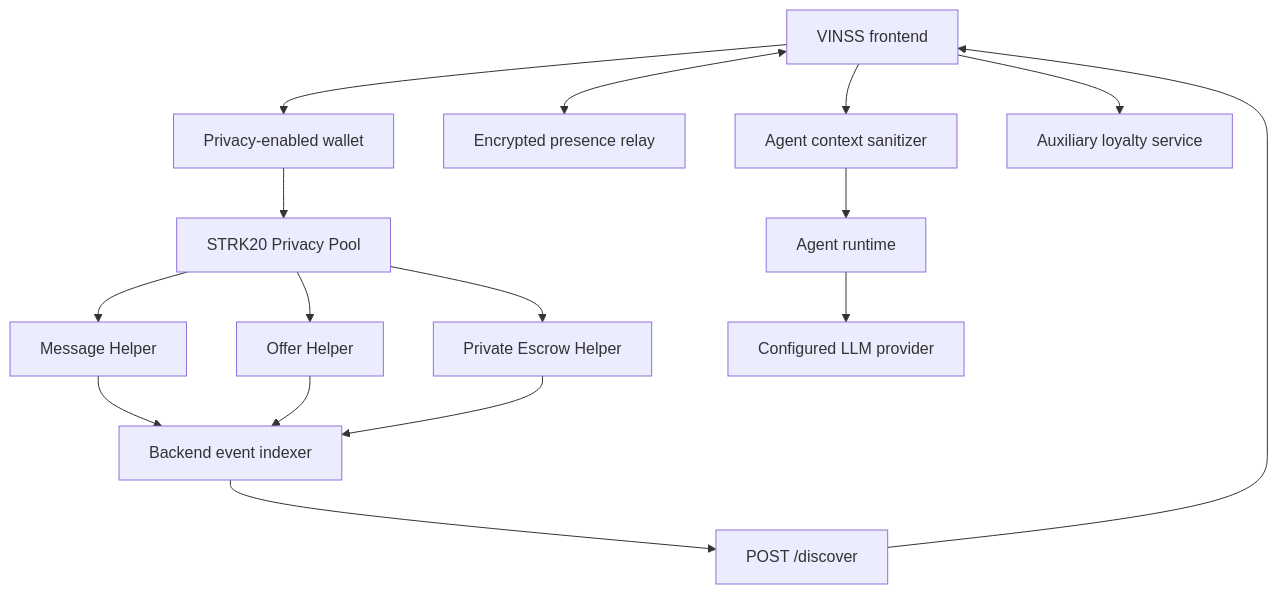
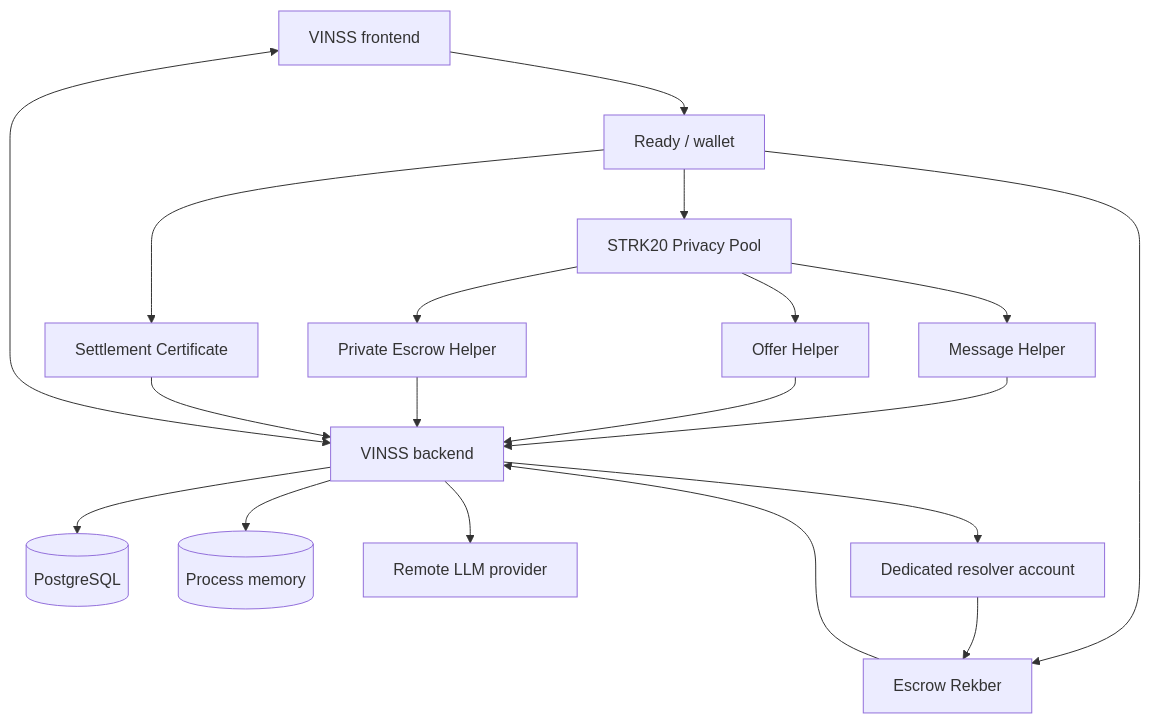
Before and after one commit to DXJLabs/vinss: the first of 5 diagrams in docs/technical/backend/architecture.md, drawn with Mermaid. The commit also changed other lines of this file and 15 other files, not shown here.

Commit message:
docs(backend): align technical documentation with current runtime architecture

````diff
--- a/docs/technical/backend/architecture.md
+++ b/docs/technical/backend/architecture.md
@@ -80,31 +89,43 @@
 ```mermaid
 flowchart TB
-    CLIENT["VINSS frontend"]
-    WALLET["Privacy-enabled wallet"]
+    FE["VINSS frontend"]
+    WALLET["Ready / wallet"]
     POOL["STRK20 Privacy Pool"]
+
     MSG["Message Helper"]
     OFFER["Offer Helper"]
-    ESCROW["Private Escrow Helper"]
+    PE["Private Escrow Helper"]
+    REK["Escrow Rekber"]
+    CERT["Settlement Certificate"]
 
-    INDEX["Backend event indexer"]
-    DISC["POST /discover"]
-    PRES["Encrypted presence relay"]
-    SAN["Agent context sanitizer"]
-    AGENT["Agent runtime"]
-    LLM["Configured LLM provider"]
-    LOY["Auxiliary loyalty service"]
+    BE["VINSS backend"]
+    PG[("PostgreSQL")]
+    MEM[("Process memory")]
+    LLM["Remote LLM provider"]
+    RESOLVER["Dedicated resolver account"]
 
-    CLIENT --> WALLET --> POOL
+    FE --> WALLET
+    WALLET --> POOL
+
     POOL --> MSG
     POOL --> OFFER
-    POOL --> ESCROW
+    POOL --> PE
 
-    MSG --> INDEX
-    OFFER --> INDEX
-    ESCROW --> INDEX
-    INDEX --> DISC --> CLIENT
+    WALLET --> REK
+    WALLET --> CERT
 
-    CLIENT <--> PRES
-    CLIENT --> SAN --> AGENT --> LLM
-    CLIENT --> LOY
+    MSG --> BE
+    OFFER --> BE
+    PE --> BE
+    REK --> BE
+    CERT --> BE
+
+    BE --> PG
+    BE --> MEM
+
+    FE <--> BE
+
+    BE --> LLM
+    BE --> RESOLVER
+    RESOLVER --> REK
 ```
````
